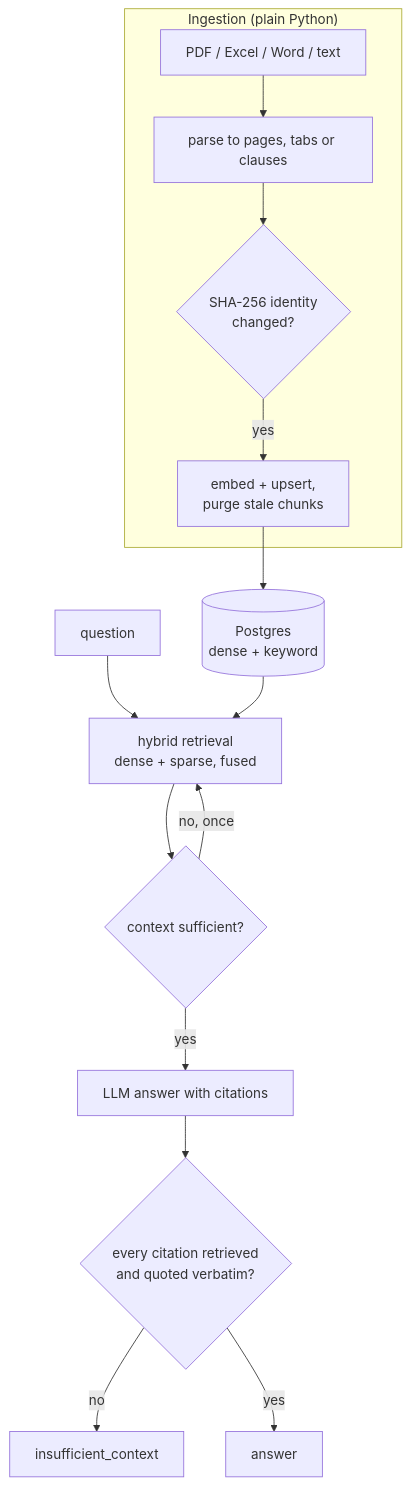
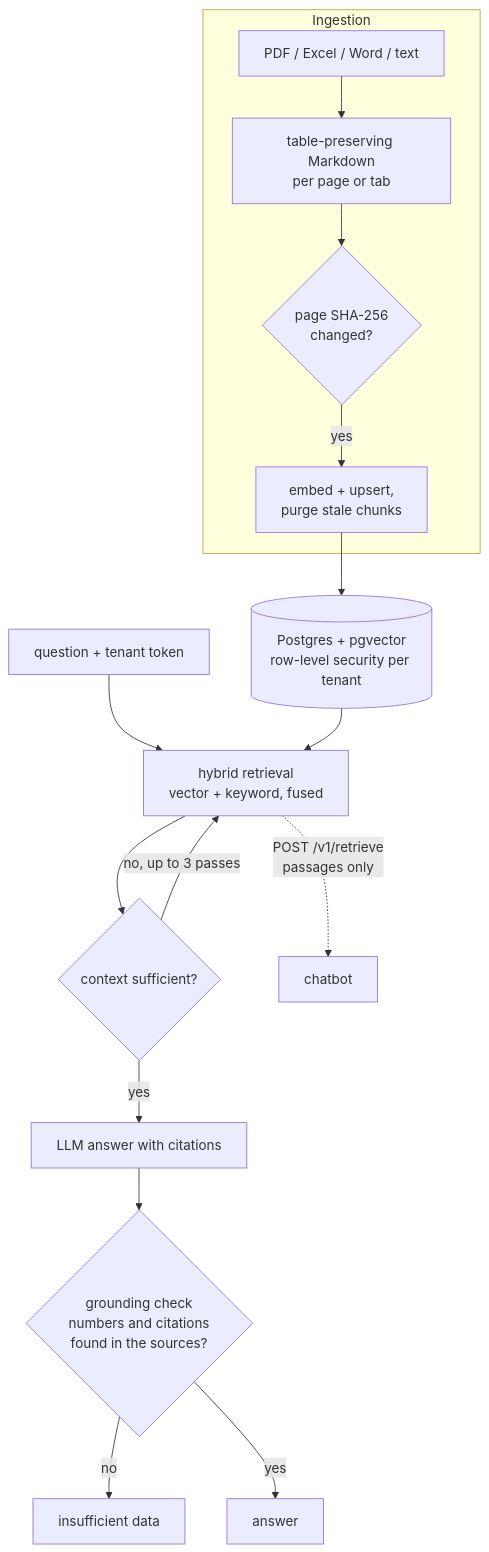
Before and after one commit to jayakumar-devaraj/jayakumar-devaraj.github.io: the diagram in work/rag-evaluation.md, drawn with Mermaid. The commit also changed other lines of this file, not shown here.

Commit message:
Rebuild the RAG case study around the public multi-tenant-agentic-rag service and link it

````diff
--- a/work/rag-evaluation.md
+++ b/work/rag-evaluation.md
@@ -22,17 +22,18 @@
 ```mermaid
 flowchart TB
-    subgraph ingest["Ingestion (plain Python)"]
-        D["PDF / Excel / Word / text"] --> P["parse to pages, tabs or clauses"]
-        P --> H{"SHA-256 identity<br/>changed?"}
+    subgraph ingest["Ingestion"]
+        D["PDF / Excel / Word / text"] --> P["table-preserving Markdown<br/>per page or tab"]
+        P --> H{"page SHA-256<br/>changed?"}
         H -->|yes| E["embed + upsert,<br/>purge stale chunks"]
     end
-    E --> PG[("Postgres<br/>dense + keyword")]
-    Q["question"] --> R["hybrid retrieval<br/>dense + sparse, fused"]
+    E --> PG[("Postgres + pgvector<br/>row-level security per tenant")]
+    Q["question + tenant token"] --> R["hybrid retrieval<br/>vector + keyword, fused"]
     PG --> R
     R --> S{"context sufficient?"}
-    S -->|no, once| R
+    S -->|"no, up to 3 passes"| R
     S -->|yes| A["LLM answer with citations"]
-    A --> G{"every citation retrieved<br/>and quoted verbatim?"}
-    G -->|no| X["insufficient_context"]
+    A --> G{"grounding check<br/>numbers and citations<br/>found in the sources?"}
+    G -->|no| X["insufficient data"]
     G -->|yes| OUT["answer"]
+    R -.->|"POST /v1/retrieve<br/>passages only"| CB["chatbot"]
 ```
````
